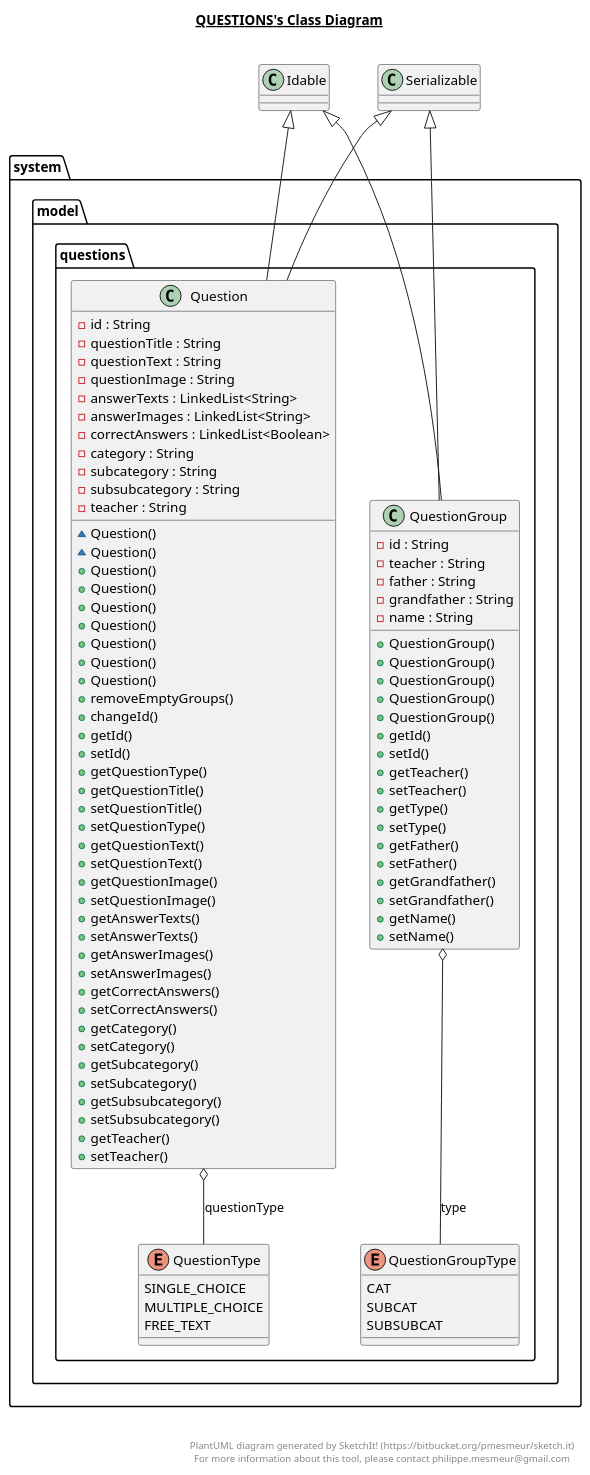
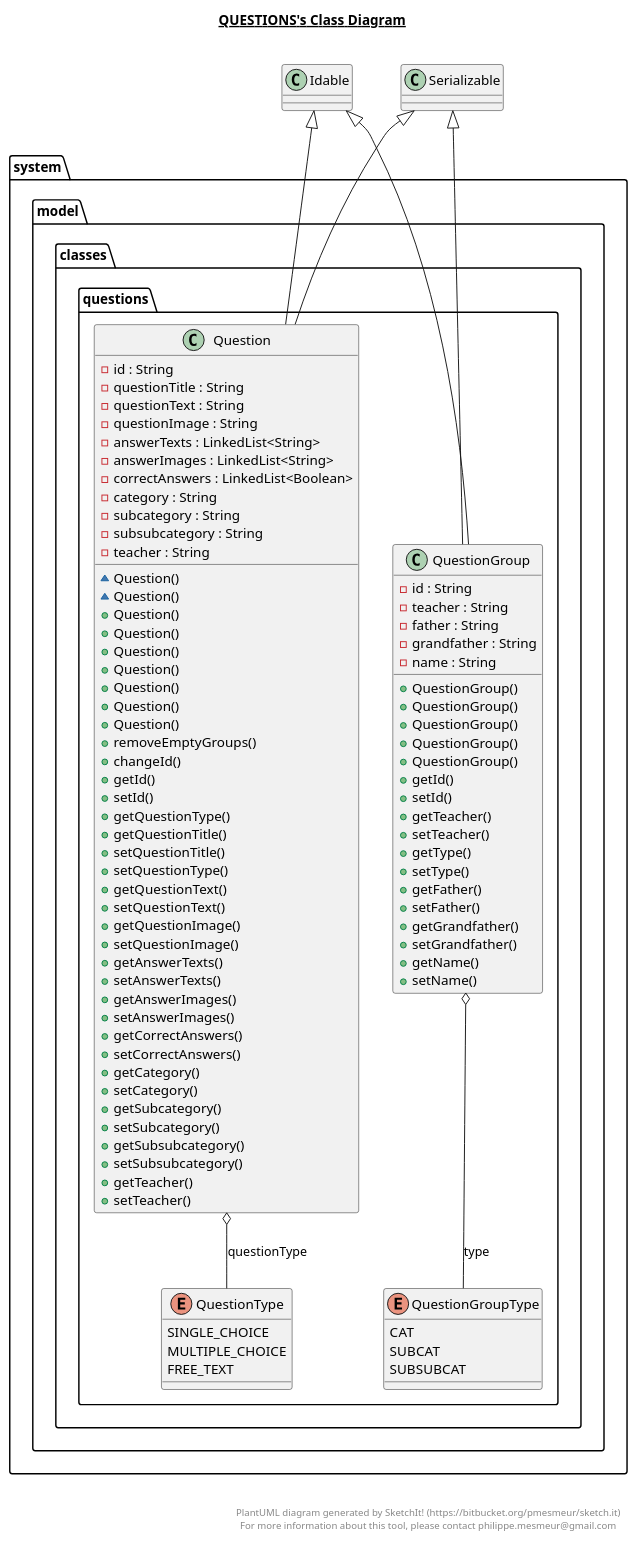
Before and after one commit to berl-a/DiplomaBackend: the diagram in src/main/java/system/model/questions/questions.plantuml, drawn with PlantUML. The commit also changed 514 other files, not shown here.

Commit message:
Added multiple choice answer

```diff
--- a/src/main/java/system/model/questions/questions.plantuml
+++ b/src/main/java/system/model/questions/questions.plantuml
@@ -1,126 +1,134 @@
 @startuml
 
 title __QUESTIONS's Class Diagram__\n
 
   package system.model {
-    package system.model.questions {
-      class Question {
-          - id : String
-          - questionTitle : String
-          - questionText : String
-          - questionImage : String
-          - answerTexts : LinkedList<String>
-          - answerImages : LinkedList<String>
-          - correctAnswers : LinkedList<Boolean>
-          - category : String
-          - subcategory : String
-          - subsubcategory : String
-          - teacher : String
-          ~ Question()
-          ~ Question()
-          + Question()
-          + Question()
-          + Question()
-          + Question()
-          + Question()
-          + Question()
-          + Question()
-          + removeEmptyGroups()
-          + changeId()
-          + getId()
-          + setId()
-          + getQuestionType()
-          + getQuestionTitle()
-          + setQuestionTitle()
-          + setQuestionType()
-          + getQuestionText()
-          + setQuestionText()
-          + getQuestionImage()
-          + setQuestionImage()
-          + getAnswerTexts()
-          + setAnswerTexts()
-          + getAnswerImages()
-          + setAnswerImages()
-          + getCorrectAnswers()
-          + setCorrectAnswers()
-          + getCategory()
-          + setCategory()
-          + getSubcategory()
-          + setSubcategory()
-          + getSubsubcategory()
-          + setSubsubcategory()
-          + getTeacher()
-          + setTeacher()
+    package system.model.classes {
+      package system.model.classes.questions {
+        class Question {
+            - id : String
+            - questionTitle : String
+            - questionText : String
+            - questionImage : String
+            - answerTexts : LinkedList<String>
+            - answerImages : LinkedList<String>
+            - correctAnswers : LinkedList<Boolean>
+            - category : String
+            - subcategory : String
+            - subsubcategory : String
+            - teacher : String
+            ~ Question()
+            ~ Question()
+            + Question()
+            + Question()
+            + Question()
+            + Question()
+            + Question()
+            + Question()
+            + Question()
+            + removeEmptyGroups()
+            + changeId()
+            + getId()
+            + setId()
+            + getQuestionType()
+            + getQuestionTitle()
+            + setQuestionTitle()
+            + setQuestionType()
+            + getQuestionText()
+            + setQuestionText()
+            + getQuestionImage()
+            + setQuestionImage()
+            + getAnswerTexts()
+            + setAnswerTexts()
+            + getAnswerImages()
+            + setAnswerImages()
+            + getCorrectAnswers()
+            + setCorrectAnswers()
+            + getCategory()
+            + setCategory()
+            + getSubcategory()
+            + setSubcategory()
+            + getSubsubcategory()
+            + setSubsubcategory()
+            + getTeacher()
+            + setTeacher()
+        }
       }
     }
   }
   
 
   package system.model {
-    package system.model.questions {
-      class QuestionGroup {
-          - id : String
-          - teacher : String
-          - father : String
-          - grandfather : String
-          - name : String
-          + QuestionGroup()
-          + QuestionGroup()
-          + QuestionGroup()
-          + QuestionGroup()
-          + QuestionGroup()
-          + getId()
-          + setId()
-          + getTeacher()
-          + setTeacher()
-          + getType()
-          + setType()
-          + getFather()
-          + setFather()
-          + getGrandfather()
-          + setGrandfather()
-          + getName()
-          + setName()
+    package system.model.classes {
+      package system.model.classes.questions {
+        class QuestionGroup {
+            - id : String
+            - teacher : String
+            - father : String
+            - grandfather : String
+            - name : String
+            + QuestionGroup()
+            + QuestionGroup()
+            + QuestionGroup()
+            + QuestionGroup()
+            + QuestionGroup()
+            + getId()
+            + setId()
+            + getTeacher()
+            + setTeacher()
+            + getType()
+            + setType()
+            + getFather()
+            + setFather()
+            + getGrandfather()
+            + setGrandfather()
+            + getName()
+            + setName()
+        }
       }
     }
   }
   
 
   package system.model {
-    package system.model.questions {
-      enum QuestionGroupType {
-        CAT
-        SUBCAT
-        SUBSUBCAT
+    package system.model.classes {
+      package system.model.classes.questions {
+        enum QuestionGroupType {
+          CAT
+          SUBCAT
+          SUBSUBCAT
+        }
       }
     }
   }
   
 
   package system.model {
-    package system.model.questions {
-      enum QuestionType {
-        SINGLE_CHOICE
-        MULTIPLE_CHOICE
-        FREE_TEXT
+    package system.model.classes {
+      package system.model.classes.questions {
+        enum QuestionType {
+          SINGLE_CHOICE
+          MULTIPLE_CHOICE
+          FREE_TEXT
+        }
       }
     }
   }
   
 
   Question -up-|> Serializable
   Question -up-|> Idable
   Question o-- QuestionType : questionType
   QuestionGroup -up-|> Serializable
   QuestionGroup -up-|> Idable
   QuestionGroup o-- QuestionGroupType : type
 
 
 right footer
 
 
 PlantUML diagram generated by SketchIt! (https://bitbucket.org/pmesmeur/sketch.it)
 For more information about this tool, please contact philippe.mesmeur@gmail.com
 endfooter
 
 @enduml
```
